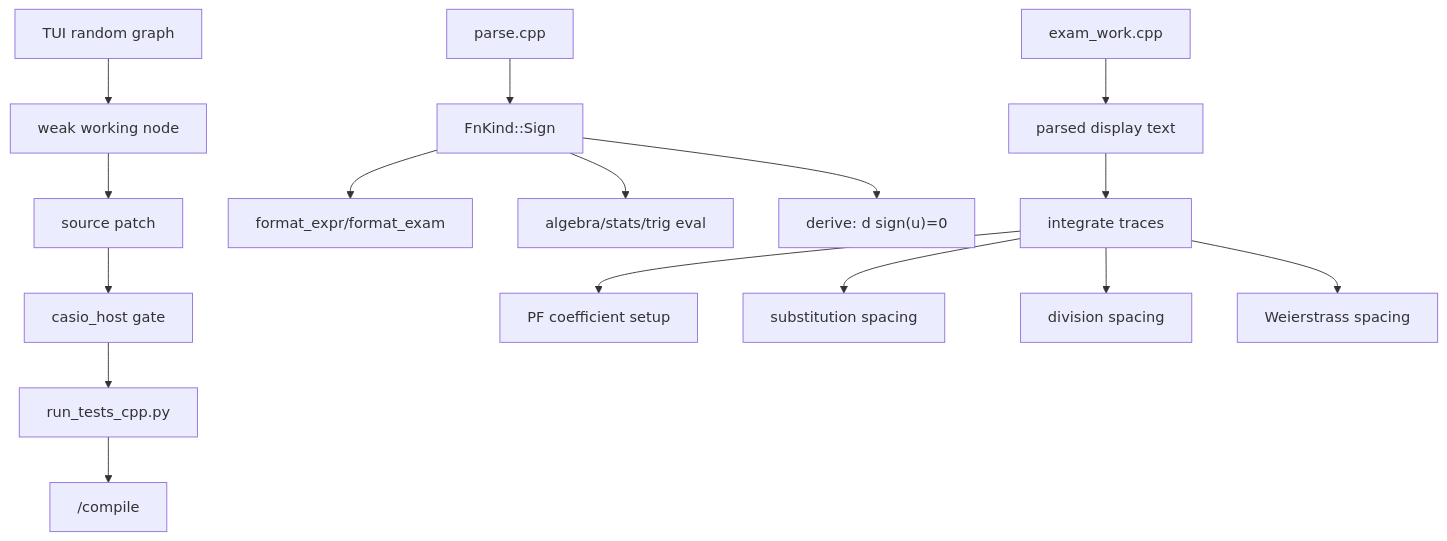
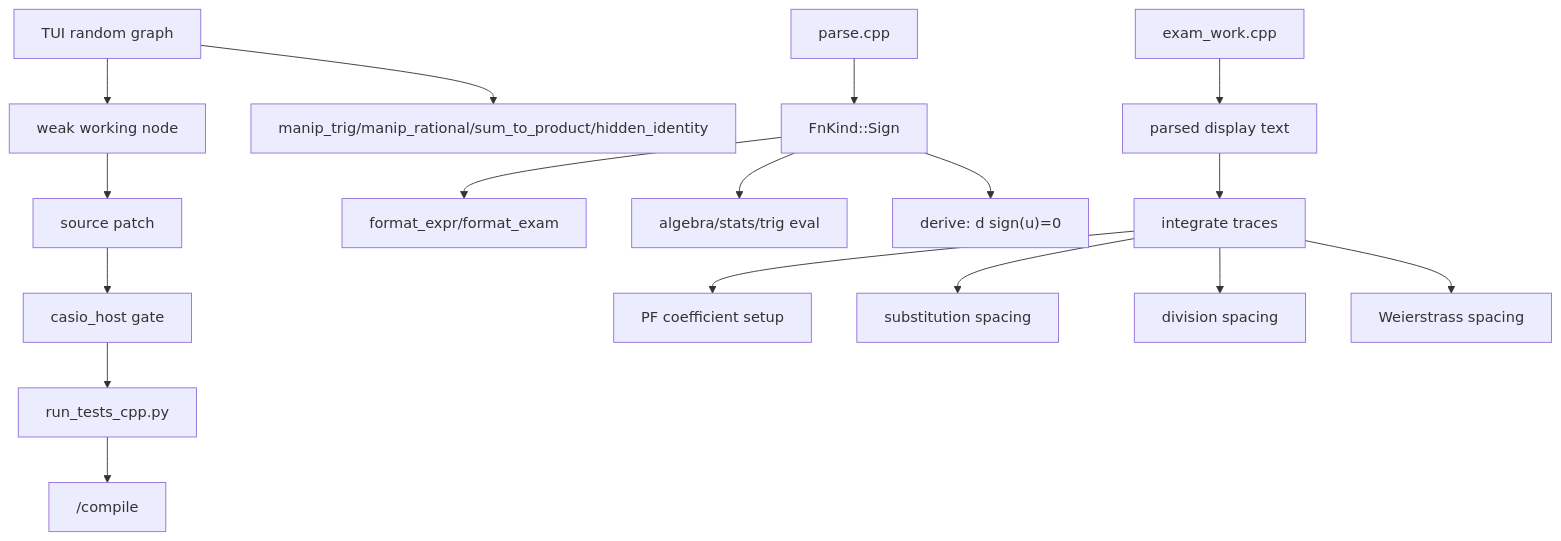
The third of 9 diagrams in c++/GRAPH.md (james8464/notes-addin-casio-fx-cg50), drawn with Mermaid before and after one commit. The commit also changed other lines of this file and 5 other files, not shown here.

````diff
--- a/c++/GRAPH.md
+++ b/c++/GRAPH.md
@@ -22,20 +37,21 @@
 ```mermaid
 graph TD
   Rand["TUI random graph"] --> Weak["weak working node"]
   Weak --> Patch["source patch"]
   Patch --> Host["casio_host gate"]
   Host --> Full["run_tests_cpp.py"]
   Full --> Build["/compile"]
+  Rand --> Shapes["manip_trig/manip_rational/sum_to_product/hidden_identity"]
 
   Parse["parse.cpp"] --> Sign["FnKind::Sign"]
   Sign --> Fmt["format_expr/format_exam"]
   Sign --> Eval["algebra/stats/trig eval"]
   Sign --> Der["derive: d sign(u)=0"]
 
   Exam["exam_work.cpp"] --> Friendly["parsed display text"]
   Friendly --> Int["integrate traces"]
   Int --> PF["PF coefficient setup"]
   Int --> Sub["substitution spacing"]
   Int --> Div["division spacing"]
   Int --> Wei["Weierstrass spacing"]
 ```
````
